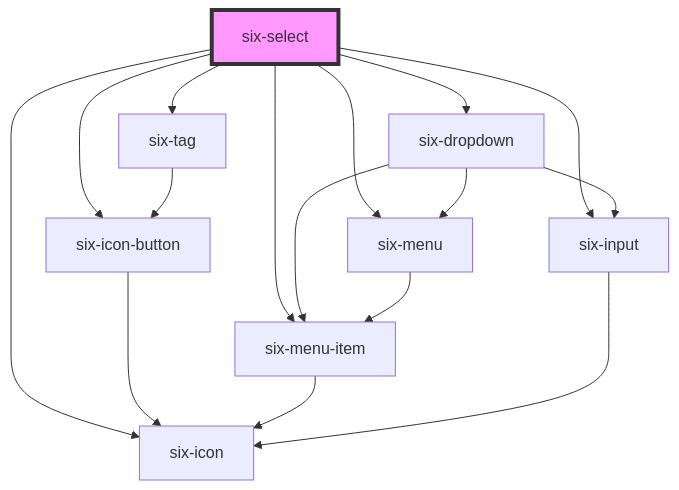
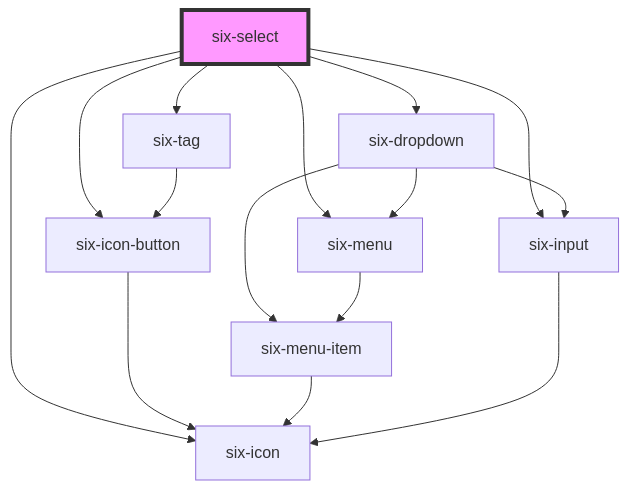
Before and after one commit to six-group/six-webcomponents: the diagram in libraries/ui-library/src/components/six-select/readme.md, drawn with Mermaid. The commit also changed other lines of this file and 2 other files, not shown here.

Commit message:
fix: render six-select correctly when value is set before rendering
This commit addresses an issue where the six-select component failed to render properly if the value was set before the rendering process. Additionally, it resolves a bug that prevented selected items from being displayed as checked when the 'options' property is used.

````diff
--- a/libraries/ui-library/src/components/six-select/readme.md
+++ b/libraries/ui-library/src/components/six-select/readme.md
@@ -130,19 +129,18 @@
 ```mermaid
 graph TD;
   six-select --> six-tag
-  six-select --> six-menu-item
   six-select --> six-dropdown
   six-select --> six-icon-button
   six-select --> six-icon
   six-select --> six-input
   six-select --> six-menu
   six-tag --> six-icon-button
   six-icon-button --> six-icon
-  six-menu-item --> six-icon
   six-dropdown --> six-menu-item
   six-dropdown --> six-input
   six-dropdown --> six-menu
+  six-menu-item --> six-icon
   six-input --> six-icon
   six-menu --> six-menu-item
   style six-select fill:#f9f,stroke:#333,stroke-width:4px
 ```
````
